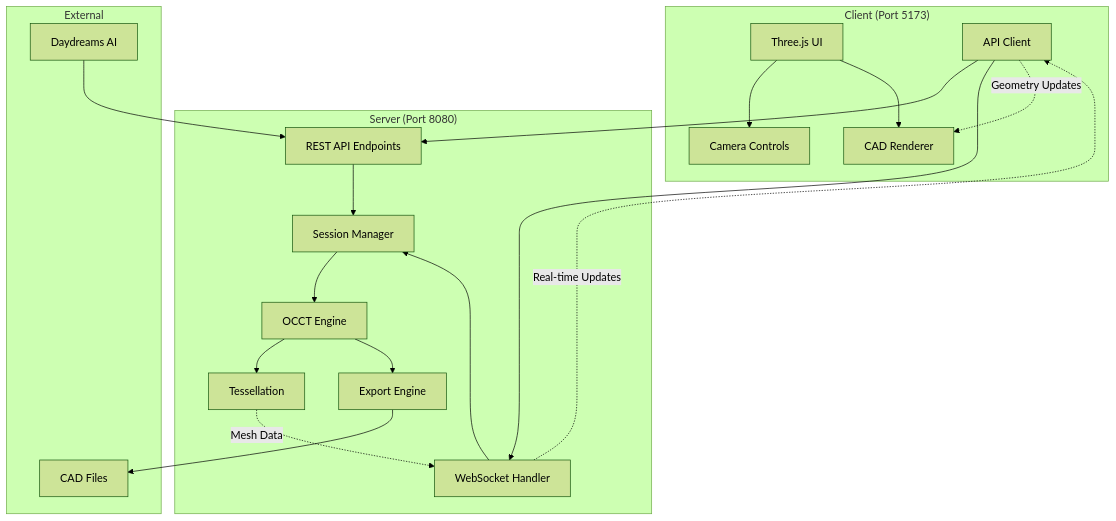
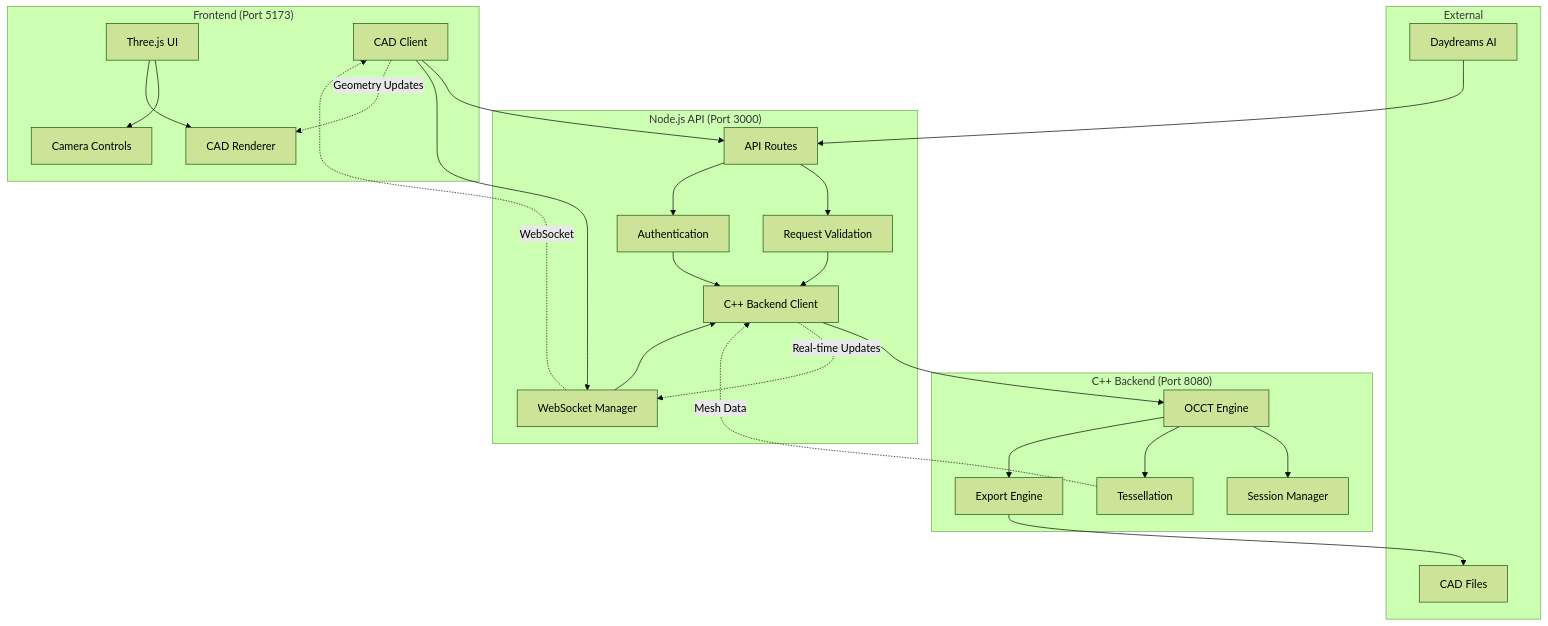
Before and after one commit to modeofO/Dimes: the first of 2 diagrams in README.md, drawn with Mermaid (forest theme). The commit also changed other lines of this file and 18 other files, not shown here.

Commit message:
feat: adding in backend api server. tried to fix default rendering cube

````diff
--- a/README.md
+++ b/README.md
@@ -22,39 +24,50 @@
 ```mermaid
 graph TB
-    subgraph "Client (Port 5173)"
+    subgraph "Frontend (Port 5173)"
         UI[Three.js UI]
         Renderer[CAD Renderer]
         Controls[Camera Controls]
-        API[API Client]
+        Client[CAD Client]
     end
     
-    subgraph "Server (Port 8080)"
-        REST[REST API Endpoints]
-        WS[WebSocket Handler]
+    subgraph "Node.js API (Port 3000)"
+        Routes[API Routes]
+        WS[WebSocket Manager]
+        Validation[Request Validation]
+        Auth[Authentication]
+        Backend[C++ Backend Client]
+    end
+    
+    subgraph "C++ Backend (Port 8080)"
         OCCT[OCCT Engine]
         Session[Session Manager]
         Tess[Tessellation]
         Export[Export Engine]
     end
     
     subgraph "External"
         Daydreams[Daydreams AI]
         Files[CAD Files]
     end
     
     UI --> Controls
     UI --> Renderer
-    API --> REST
-    API --> WS
-    REST --> Session
-    WS --> Session
-    Session --> OCCT
+    Client --> Routes
+    Client --> WS
+    Routes --> Validation
+    Routes --> Auth
+    Validation --> Backend
+    Auth --> Backend
+    Backend --> OCCT
+    WS --> Backend
+    OCCT --> Session
     OCCT --> Tess
     OCCT --> Export
     Export --> Files
-    Daydreams --> REST
+    Daydreams --> Routes
     
-    Tess -.->|Mesh Data| WS
-    WS -.->|Real-time Updates| API
-    API -.->|Geometry Updates| Renderer
+    Tess -.->|Mesh Data| Backend
+    Backend -.->|Real-time Updates| WS
+    WS -.->|WebSocket| Client
+    Client -.->|Geometry Updates| Renderer
 ```
````
